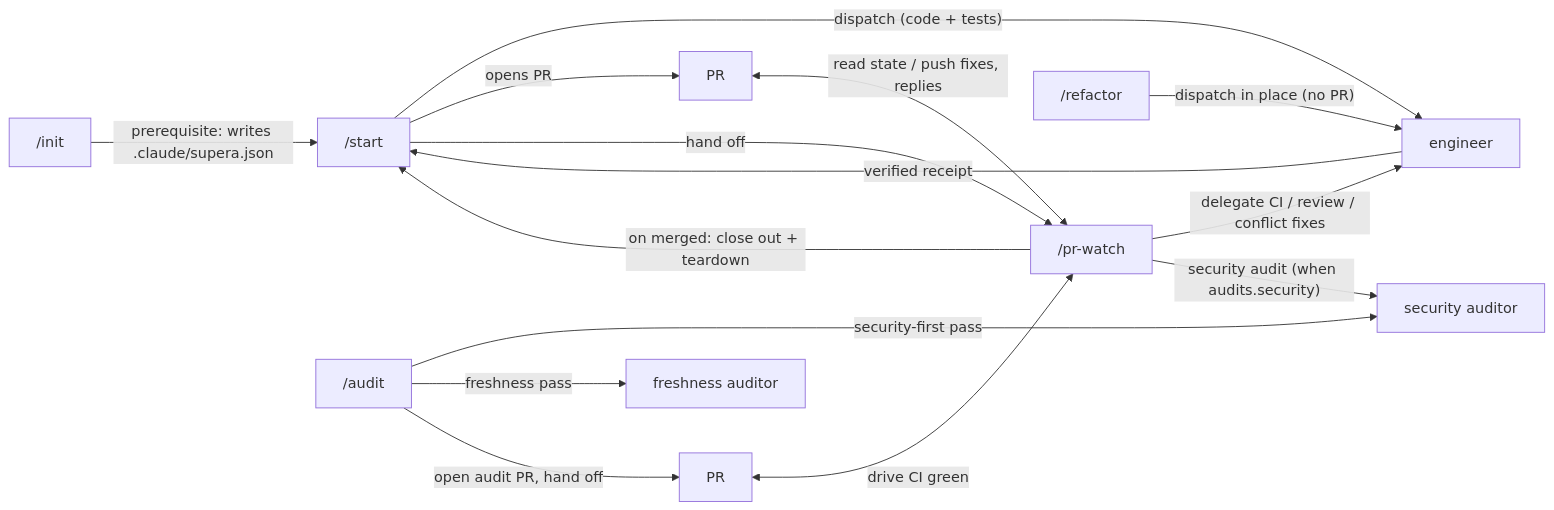
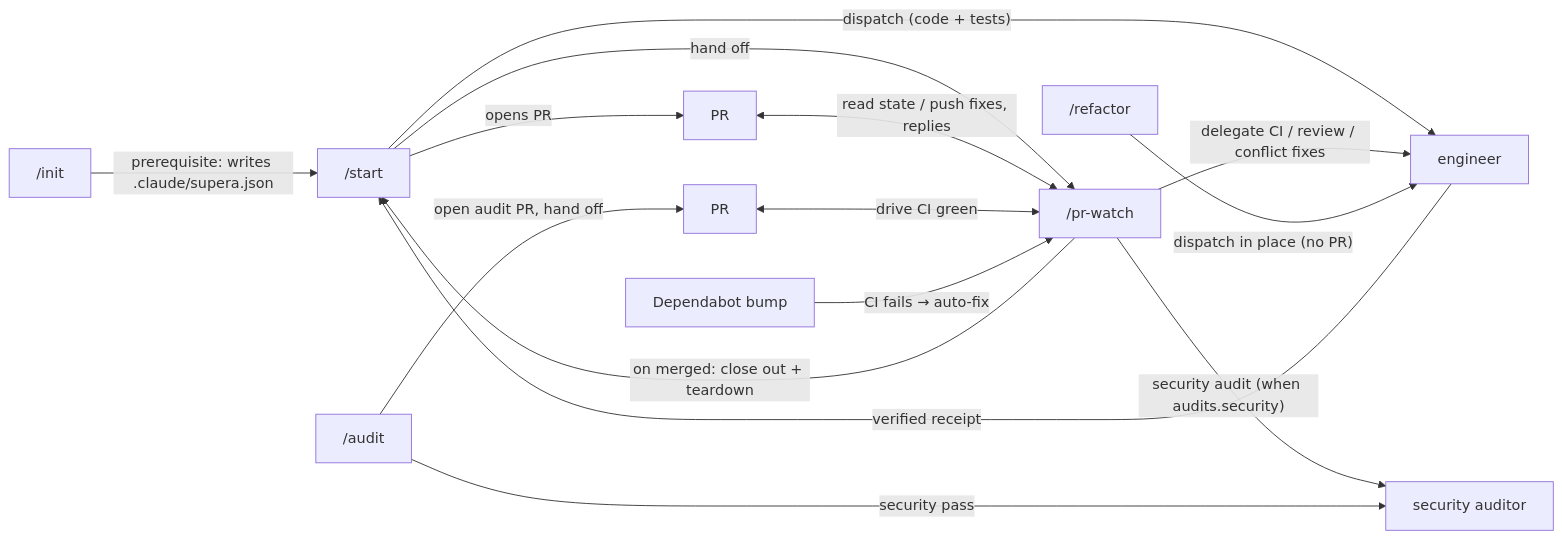
One commit to heronlabs/supera changed the diagram in README.md. Above: the diagram before and after it, drawn with Mermaid. The commit also changed other lines of this file and 18 other files, not shown here.

First line of the commit message:
feat!: Dependabot owns currency, drop freshness auditor

````diff
--- a/README.md
+++ b/README.md
@@ -23,17 +23,17 @@
 ```mermaid
 flowchart LR
     init["/init"] -->|"prerequisite: writes .claude/supera.json"| start["/start"]
     start -->|"dispatch (code + tests)"| engineer["engineer"]
     engineer -->|"verified receipt"| start
     start -->|"opens PR"| PR["PR"]
     start -->|"hand off"| prwatch["/pr-watch"]
     PR <-->|"read state / push fixes, replies"| prwatch
     prwatch -->|"delegate CI / review / conflict fixes"| engineer
     prwatch -->|"on merged: close out + teardown"| start
     prwatch -->|"security audit (when audits.security)"| sec["security auditor"]
     refactor["/refactor"] -->|"dispatch in place (no PR)"| engineer
-    audit["/audit"] -->|"security-first pass"| sec
-    audit -->|"freshness pass"| fresh["freshness auditor"]
+    audit["/audit"] -->|"security pass"| sec
     audit -->|"open audit PR, hand off"| auditPR["PR"]
     auditPR <-->|"drive CI green"| prwatch
+    dependabot["Dependabot bump"] -->|"CI fails → auto-fix"| prwatch
 ```
````
